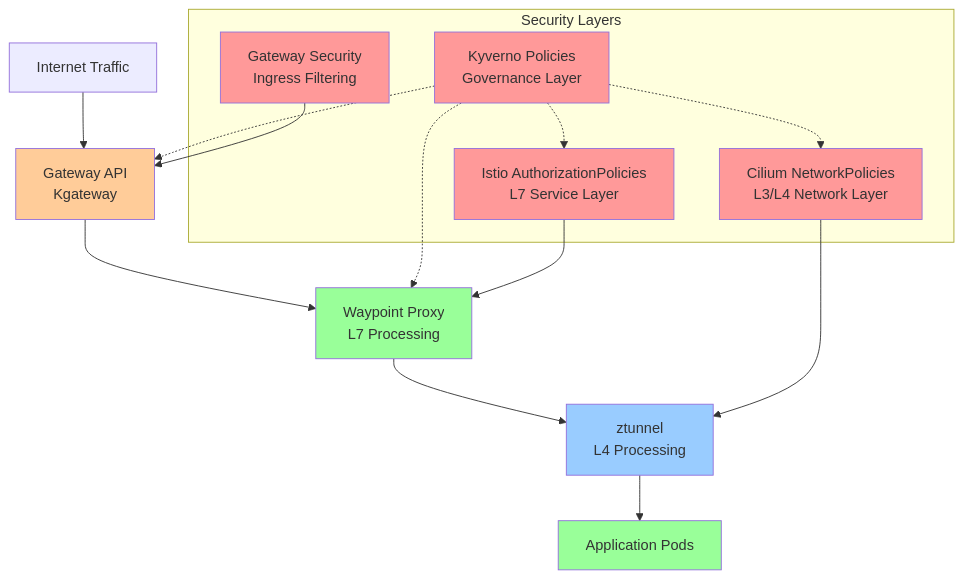
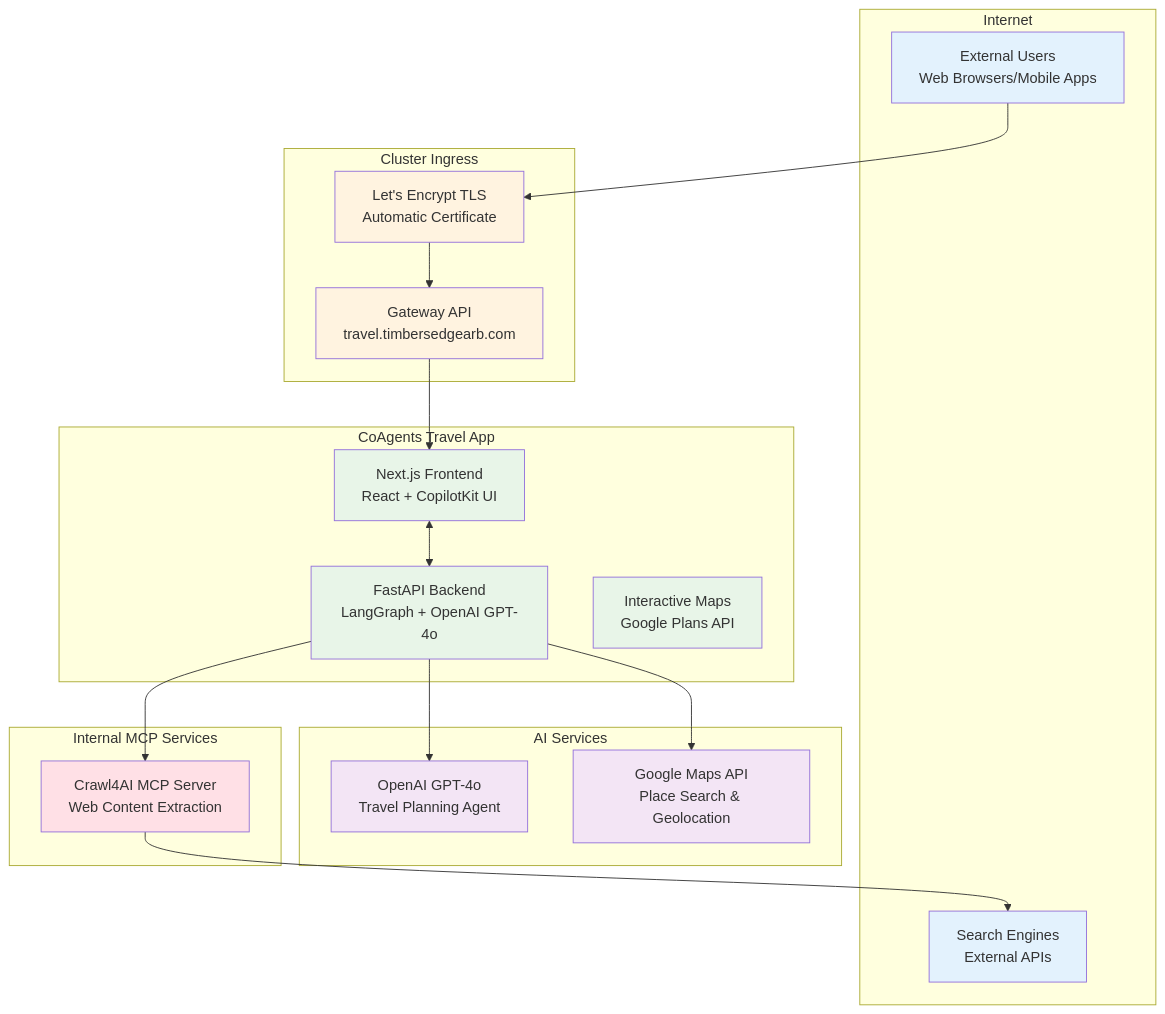
The first of 5 diagrams in docs/x-archplan.md (smpnet74/terraform-template), drawn with Mermaid before and after one commit. The commit also changed other lines of this file and 2 other files, not shown here.

````diff
--- a/docs/x-archplan.md
+++ b/docs/x-archplan.md
@@ -64,32 +85,48 @@
 ```mermaid
 graph TB
-    Internet[Internet Traffic] --> GW[Gateway API<br/>Kgateway]
-    GW --> WP[Waypoint Proxy<br/>L7 Processing]
-    WP --> ZT[ztunnel<br/>L4 Processing]
-    ZT --> APP[Application Pods]
-    
-    subgraph "Security Layers"
-        KY[Kyverno Policies<br/>Governance Layer]
-        CI[Cilium NetworkPolicies<br/>L3/L4 Network Layer]
-        IS[Istio AuthorizationPolicies<br/>L7 Service Layer]
-        GS[Gateway Security<br/>Ingress Filtering]
+    subgraph "Internet"
+        USER[External Users<br/>Web Browsers/Mobile Apps]
+        SEARCH[Search Engines<br/>External APIs]
     end
     
-    KY -.-> GW
-    KY -.-> WP
-    KY -.-> CI
-    KY -.-> IS
-    CI --> ZT
-    IS --> WP
-    GS --> GW
+    subgraph "Cluster Ingress"
+        GW[Gateway API<br/>travel.timbersedgearb.com]
+        TLS[Let's Encrypt TLS<br/>Automatic Certificate]
+    end
     
-    classDef security fill:#ff9999
-    classDef network fill:#99ccff
-    classDef service fill:#99ff99
-    classDef gateway fill:#ffcc99
+    subgraph "CoAgents Travel App"
+        FE[Next.js Frontend<br/>React + CopilotKit UI]
+        BE[FastAPI Backend<br/>LangGraph + OpenAI GPT-4o]
+        MAP[Interactive Maps<br/>Google Plans API]
+    end
     
-    class KY,CI,IS,GS security
-    class ZT network
-    class WP,APP service
-    class GW gateway
+    subgraph "AI Services"
+        LLM[OpenAI GPT-4o<br/>Travel Planning Agent]
+        GMAPS[Google Maps API<br/>Place Search & Geolocation]
+    end
+    
+    subgraph "Internal MCP Services"
+        MCP[Crawl4AI MCP Server<br/>Web Content Extraction]
+    end
+    
+    USER --> TLS
+    TLS --> GW
+    GW --> FE
+    FE <--> BE
+    BE --> LLM
+    BE --> GMAPS
+    BE --> MCP
+    MCP --> SEARCH
+    
+    classDef external fill:#e3f2fd
+    classDef ingress fill:#fff3e0
+    classDef app fill:#e8f5e8
+    classDef services fill:#f3e5f5
+    classDef mcp fill:#ffe0e6
+    
+    class USER,SEARCH external
+    class GW,TLS ingress
+    class FE,BE,MAP app
+    class LLM,GMAPS services
+    class MCP mcp
 ```
````
